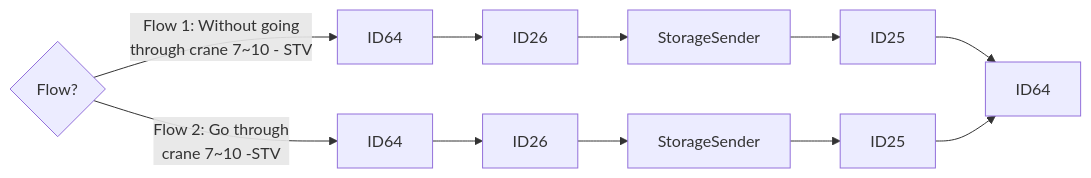
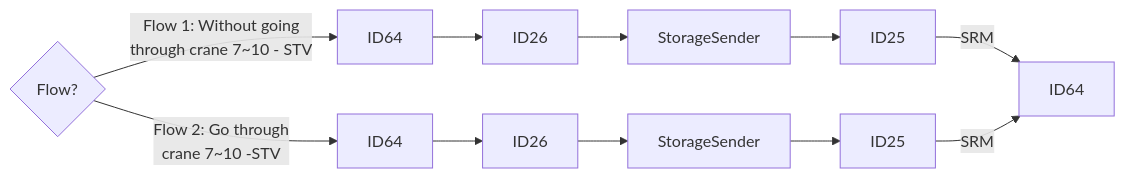
Before and after one commit to luthfiadityaa/SimeDarby-Wiki: the second of 24 diagrams in Basic-Design/DFD-WMS/Storage/Unplanned-Storage/Unplanned-Storage-from-HP.md, drawn with Mermaid. The commit also changed other lines of this file, not shown here.

Commit message:
Updated Unplanned Storage from HP

```diff
--- a/Basic-Design/DFD-WMS/Storage/Unplanned-Storage/Unplanned-Storage-from-HP.md
+++ b/Basic-Design/DFD-WMS/Storage/Unplanned-Storage/Unplanned-Storage-from-HP.md
@@ -17,11 +17,11 @@
 ::: mermaid
 flowchart LR
   
 Cond1{Flow?} 
 Cond1 --> |Flow 1: Without going 
 through crane 7~10 - STV| P8[ID64]
 Cond1 --> |Flow 2: Go through 
 crane 7~10 -STV| P9[ID64]
-P8[ID64]-->P10[ID26]-->P11[StorageSender]-->P12[ID25]-->P18[ID64]
-P9[ID64]-->P15[ID26]-->P16[StorageSender]-->P17[ID25]-->P18[ID64]
+P8[ID64]-->P10[ID26]-->P11[StorageSender]-->P12[ID25]--> |SRM| P18[ID64]
+P9[ID64]-->P15[ID26]-->P16[StorageSender]-->P17[ID25]--> |SRM| P18[ID64]
 :::
```
